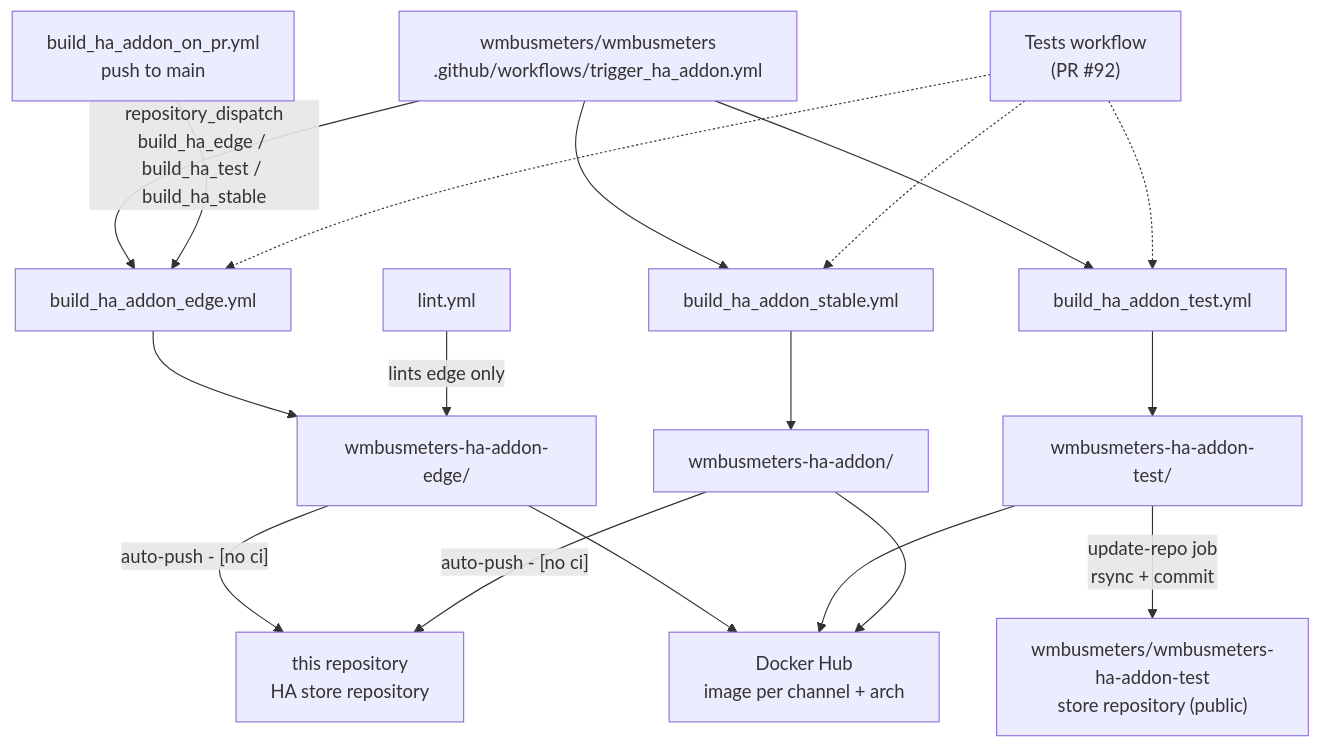
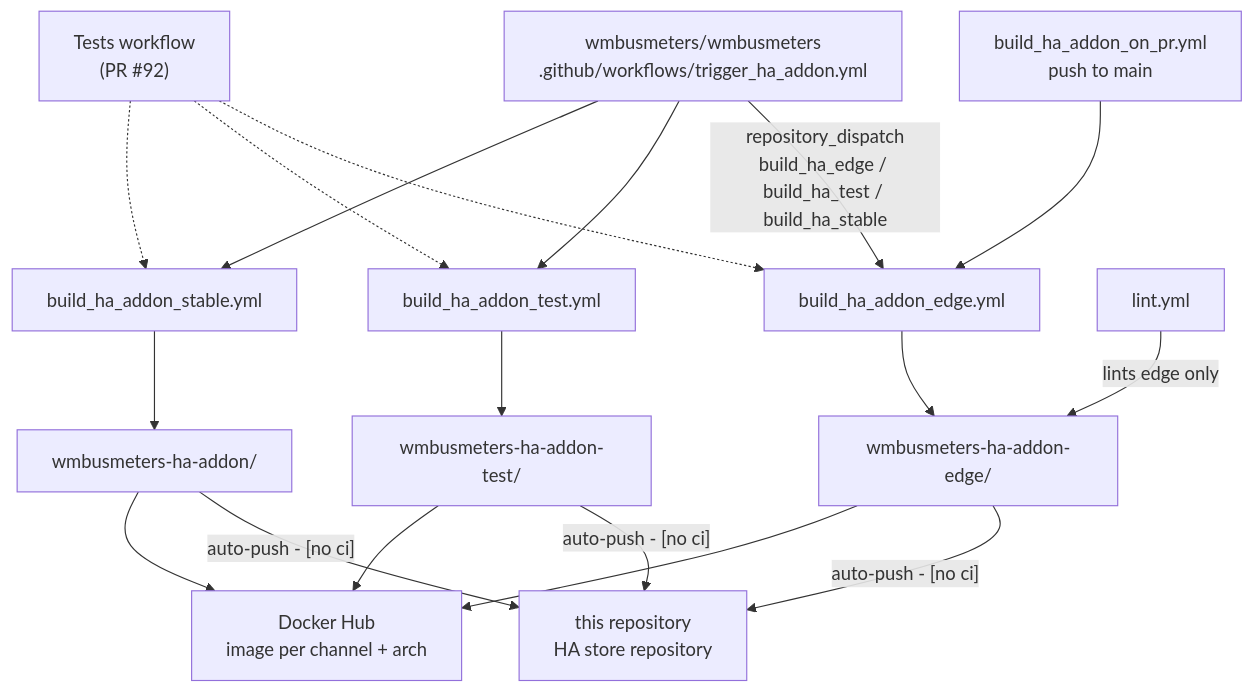
One commit to wmbusmeters/wmbusmeters-ha-addon changed the diagram in docs/architecture/channel-architecture.md. Above: the diagram before and after it, drawn with Mermaid. The commit also changed other lines of this file and 4 other files, not shown here.

````diff
--- a/docs/architecture/channel-architecture.md
+++ b/docs/architecture/channel-architecture.md
@@ -6,20 +6,20 @@
 ```mermaid
 flowchart TD
     WM["wmbusmeters/wmbusmeters<br/>.github/workflows/trigger_ha_addon.yml"] -- "repository_dispatch<br/>build_ha_edge / build_ha_test / build_ha_stable" --> E["build_ha_addon_edge.yml"]
     WM --> T["build_ha_addon_test.yml"]
     WM --> S["build_ha_addon_stable.yml"]
     ONPR["build_ha_addon_on_pr.yml<br/>push to main"] --> E
     E --> EDGE["wmbusmeters-ha-addon-edge/"]
     T --> TEST["wmbusmeters-ha-addon-test/"]
     S --> STABLE["wmbusmeters-ha-addon/"]
     EDGE -- "auto-push - [no ci]" --> REPO["this repository<br/>HA store repository"]
     STABLE -- "auto-push - [no ci]" --> REPO
-    TEST -- "update-repo job<br/>rsync + commit" --> STORE["wmbusmeters/wmbusmeters-ha-addon-test<br/>store repository (public)"]
+    TEST -- "auto-push - [no ci]" --> REPO
     EDGE --> DH["Docker Hub<br/>image per channel + arch"]
     TEST --> DH
     STABLE --> DH
     LINT["lint.yml"] -- "lints edge only" --> EDGE
     HAR["Tests workflow<br/>(PR #92)"] -.-> E
     HAR -.-> T
     HAR -.-> S
 ```
````
